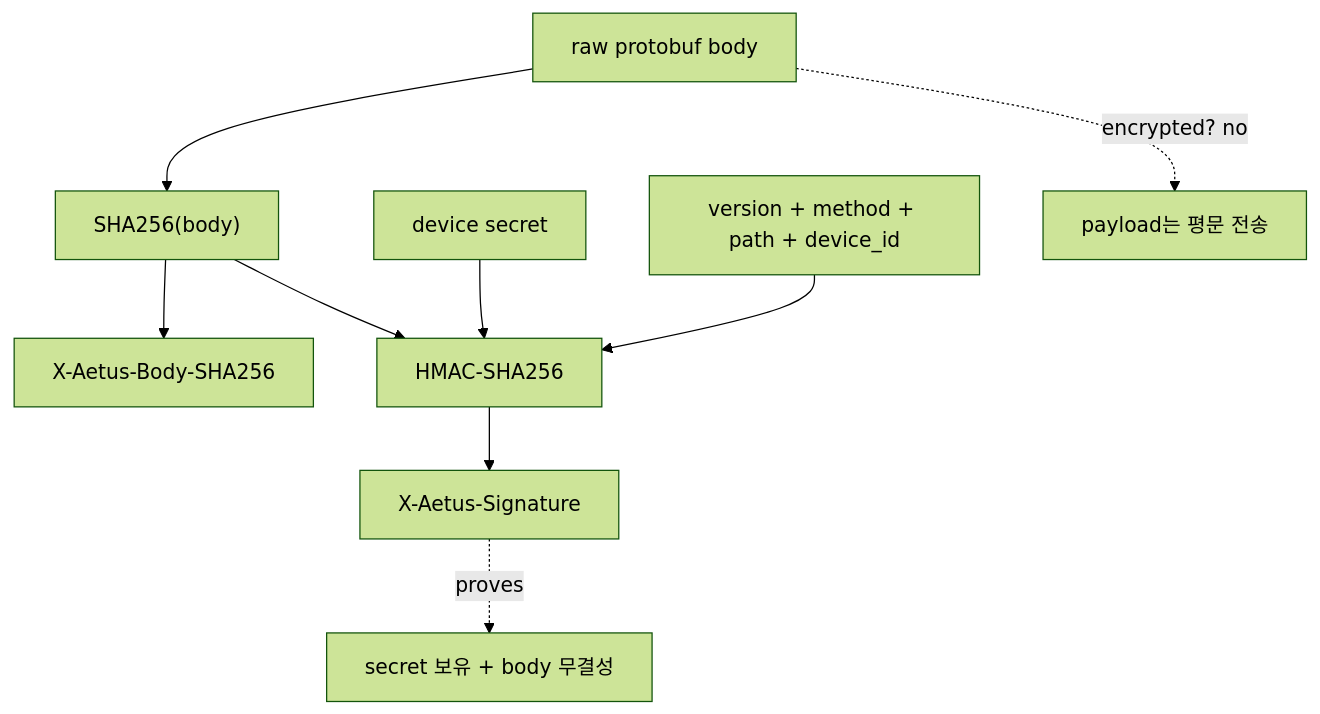
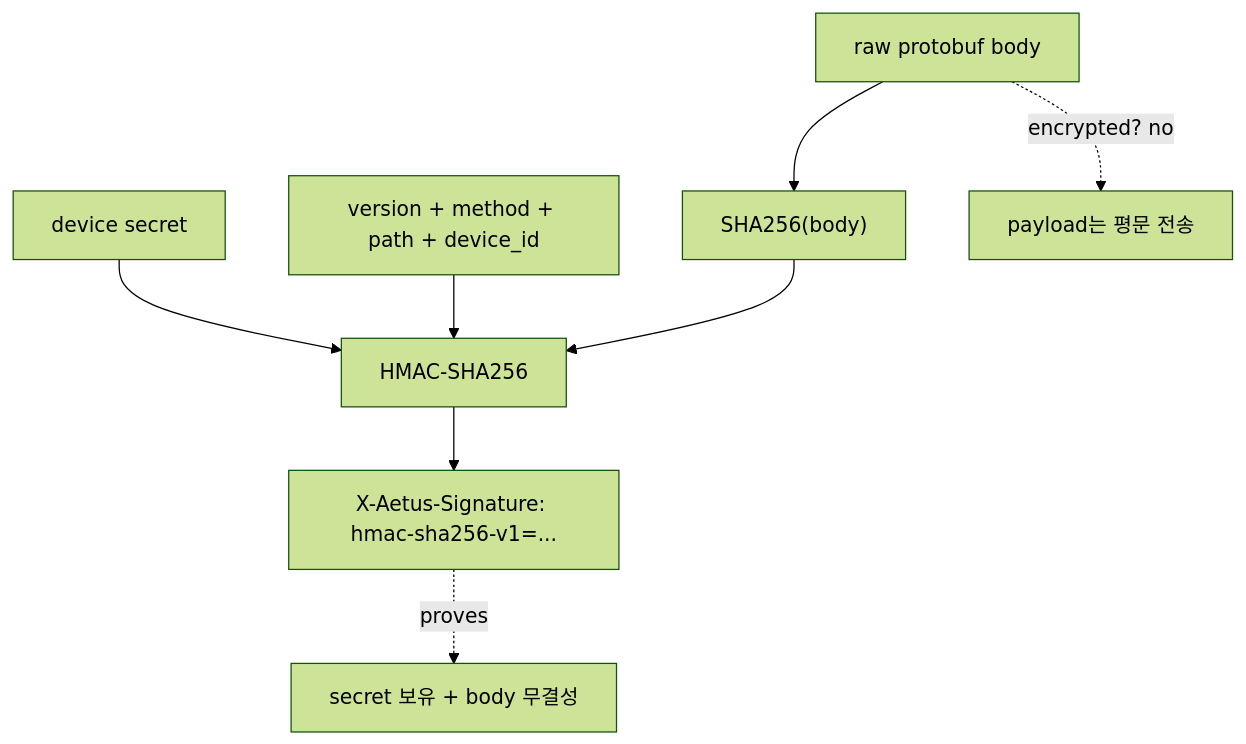
The second of 2 diagrams in docs/02-api.md (donghoonpark/aetus), drawn with Mermaid (forest theme) before and after one commit. The commit also changed other lines of this file and 2 other files, not shown here.

Commit message:
Simplify HMAC ingest signature headers

````diff
--- a/docs/02-api.md
+++ b/docs/02-api.md
@@ -159,12 +156,11 @@
 ```mermaid
 flowchart TD
     Body["raw protobuf body"] --> Hash["SHA256(body)"]
-    Hash --> BodyHeader["X-Aetus-Body-SHA256"]
     Secret["device secret"] --> HMAC["HMAC-SHA256"]
     Prefix["version + method + path + device_id"] --> HMAC
     Hash --> HMAC
-    HMAC --> SigHeader["X-Aetus-Signature"]
+    HMAC --> SigHeader["X-Aetus-Signature: hmac-sha256-v1=..."]
 
     Body -. "encrypted? no" .-> Plain["payload는 평문 전송"]
     SigHeader -. "proves" .-> Proof["secret 보유 + body 무결성"]
 ```
````
